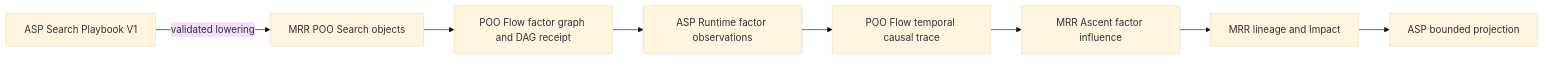
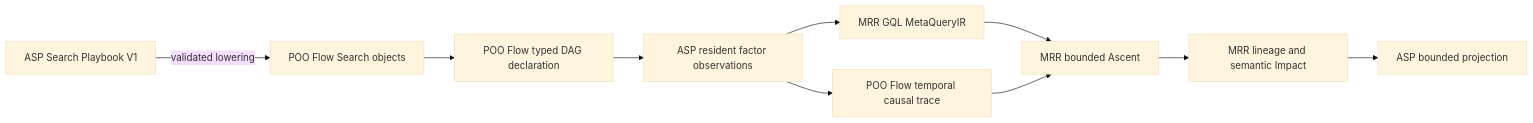
One commit to tao3k/meta-relational-reasoning changed the diagram in docs/architecture/0033-poo-search-framework.org. Above: the diagram before and after it, drawn with Mermaid (base theme). The commit also changed other lines of this file and 4 other files, not shown here.

Commit message:
refactor(search): move generic composition authority to POO Flow

```diff
--- a/docs/architecture/0033-poo-search-framework.org
+++ b/docs/architecture/0033-poo-search-framework.org
@@ -21,10 +16,12 @@
 #+begin_src mermaid
 flowchart LR
-  P[ASP Search Playbook V1] -->|validated lowering| O[MRR POO Search objects]
-  O --> F[POO Flow factor graph and DAG receipt]
-  F --> R[ASP Runtime factor observations]
+  P[ASP Search Playbook V1] -->|validated lowering| O[POO Flow Search objects]
+  O --> D[POO Flow typed DAG declaration]
+  D --> R[ASP resident factor observations]
   R --> T[POO Flow temporal causal trace]
-  T --> A[MRR Ascent factor influence]
-  A --> L[MRR lineage and Impact]
+  R --> G[MRR GQL MetaQueryIR]
+  G --> A[MRR bounded Ascent]
+  T --> A
+  A --> L[MRR lineage and semantic Impact]
   L --> E[ASP bounded projection]
 #+end_src
```
